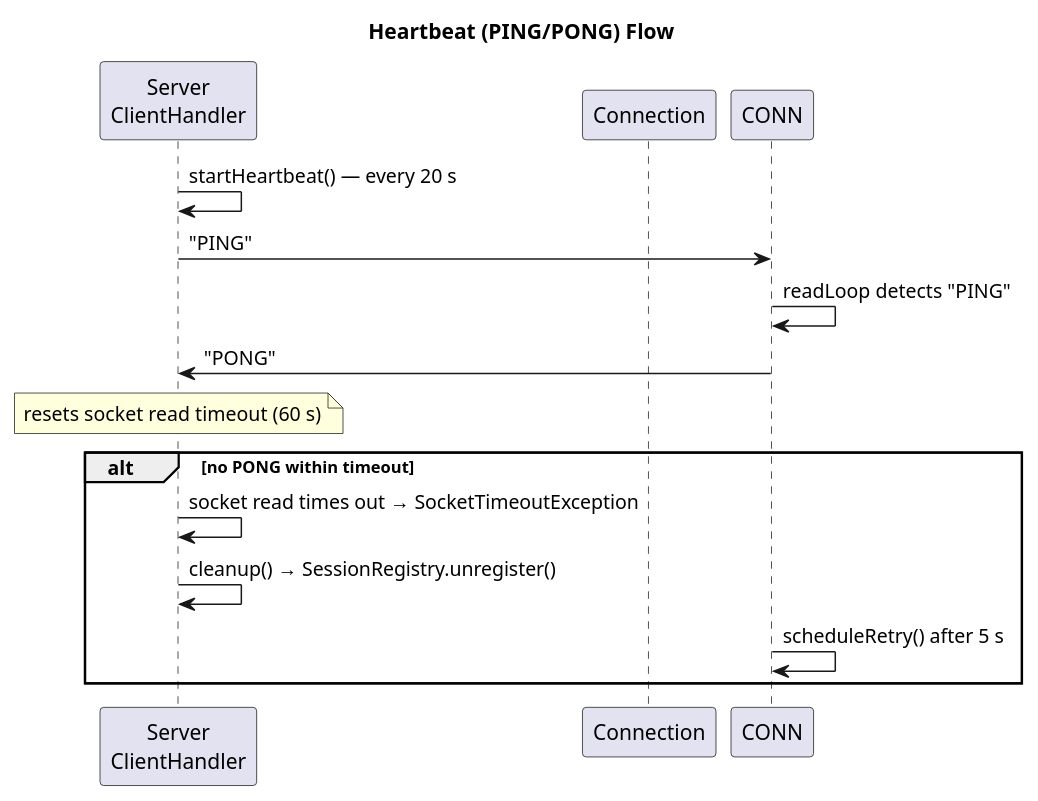
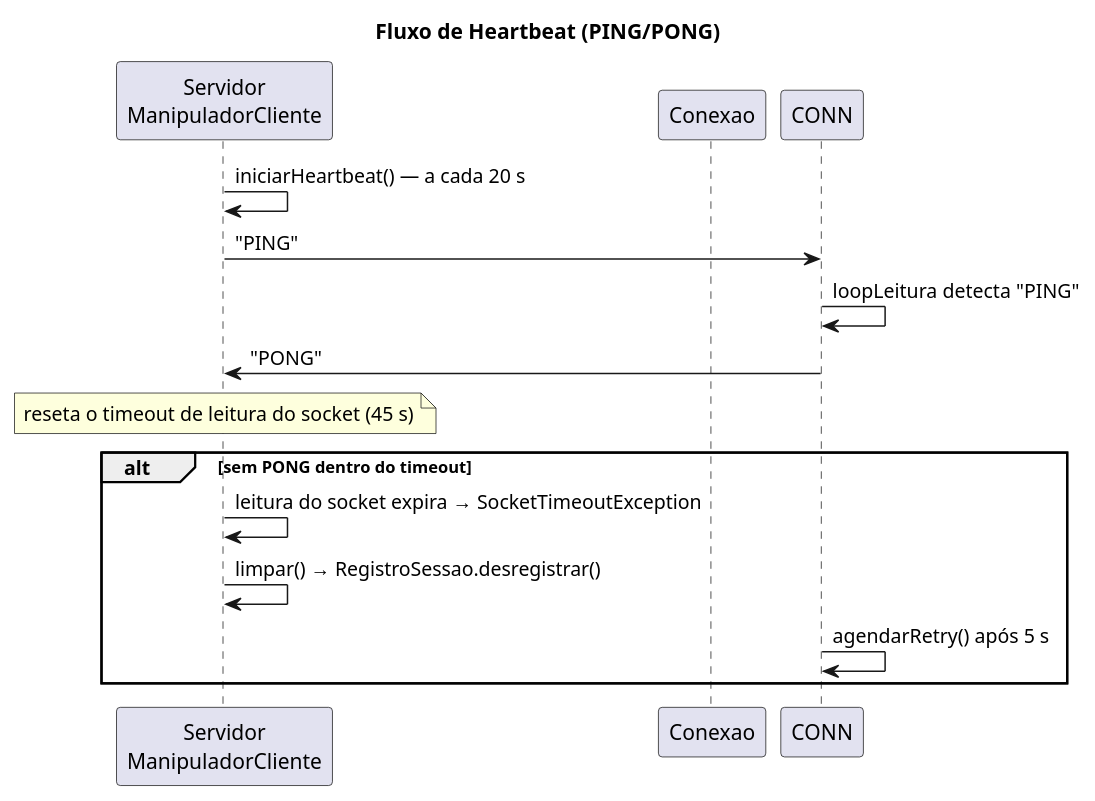
One commit to ErickHTF/ZapIF changed the fourth of 6 diagrams in uml/diagrams.puml. Above: the diagram before and after it, drawn with PlantUML. The commit also changed other lines of this file and 30 other files, not shown here.

Commit message:
feat/UI - fix: traduzindo diagramas e referencias em classes e pacotes

```diff
--- a/uml/diagrams.puml
+++ b/uml/diagrams.puml
@@ -305,20 +305,20 @@
-@startuml sequence_heartbeat
-title Heartbeat (PING/PONG) Flow
+@startuml sequencia_heartbeat
+title Fluxo de Heartbeat (PING/PONG)
 
-participant "Server\nClientHandler" as CH
-participant Connection
+participant "Servidor\nManipuladorCliente" as MC
+participant Conexao
 
-CH    -> CH   : startHeartbeat() — every 20 s
-CH    -> CONN : "PING"
-CONN  -> CONN : readLoop detects "PING"
-CONN  -> CH   : "PONG"
+MC    -> MC   : iniciarHeartbeat() — a cada 20 s
+MC    -> CONN : "PING"
+CONN  -> CONN : loopLeitura detecta "PING"
+CONN  -> MC   : "PONG"
 
-note over CH : resets socket read timeout (60 s)
+note over MC : reseta o timeout de leitura do socket (45 s)
 
-alt no PONG within timeout
-    CH -> CH : socket read times out → SocketTimeoutException
-    CH -> CH : cleanup() → SessionRegistry.unregister()
-    CONN -> CONN : scheduleRetry() after 5 s
+alt sem PONG dentro do timeout
+    MC -> MC : leitura do socket expira → SocketTimeoutException
+    MC -> MC : limpar() → RegistroSessao.desregistrar()
+    CONN -> CONN : agendarRetry() após 5 s
 end
 
 @enduml
```
